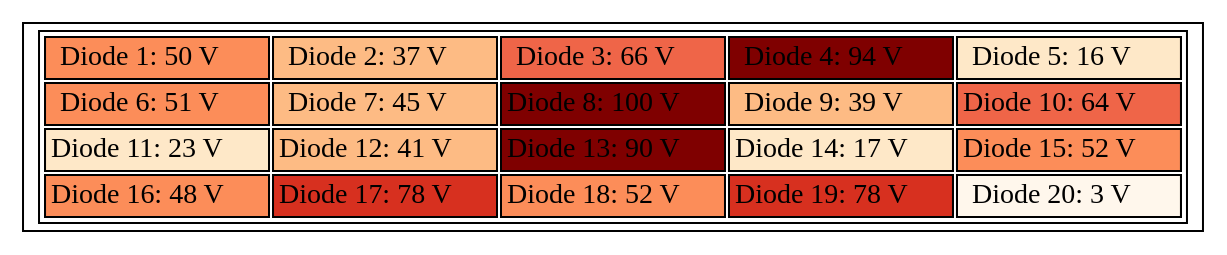
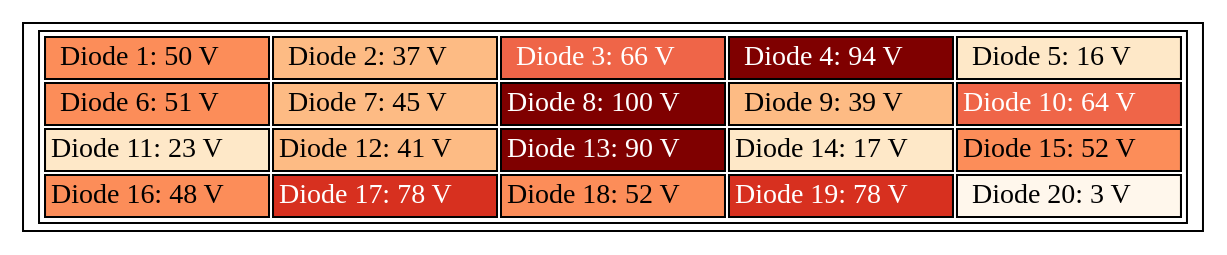
The diagram in array_table.gv (Karan-Takh/Diode-Dosimetry-Array), drawn with Graphviz before and after one commit. The commit also changed 2 other files, not shown here.

Commit message:
Made font readable

```diff
--- a/array_table.gv
+++ b/array_table.gv
@@ -1,33 +1,33 @@
 graph array_table {
 	node [shape=rectangle]
 	"Diode Array" [label=<<TABLE>
     <TR>
-        <TD bgcolor="5">Diode 1: 50 V</TD>
-        <TD bgcolor="4">Diode 2: 37 V</TD>
-        <TD bgcolor="6">Diode 3: 66 V</TD>
-        <TD bgcolor="9">Diode 4: 94 V</TD>
-        <TD bgcolor="2">Diode 5: 16 V</TD>
+        <TD bgcolor="5"><FONT COLOR="black">Diode 1: 50 V</FONT></TD>
+        <TD bgcolor="4"><FONT COLOR="black">Diode 2: 37 V</FONT></TD>
+        <TD bgcolor="6"><FONT COLOR="white">Diode 3: 66 V</FONT></TD>
+        <TD bgcolor="9"><FONT COLOR="white">Diode 4: 94 V</FONT></TD>
+        <TD bgcolor="2"><FONT COLOR="black">Diode 5: 16 V</FONT></TD>
     </TR>
     <TR>
-        <TD bgcolor="5">Diode 6: 51 V</TD>
-        <TD bgcolor="4">Diode 7: 45 V</TD>
-        <TD bgcolor="9">Diode 8: 100 V</TD>
-        <TD bgcolor="4">Diode 9: 39 V</TD>
-        <TD bgcolor="6">Diode 10: 64 V</TD>
+        <TD bgcolor="5"><FONT COLOR="black">Diode 6: 51 V</FONT></TD>
+        <TD bgcolor="4"><FONT COLOR="black">Diode 7: 45 V</FONT></TD>
+        <TD bgcolor="9"><FONT COLOR="white">Diode 8: 100 V</FONT></TD>
+        <TD bgcolor="4"><FONT COLOR="black">Diode 9: 39 V</FONT></TD>
+        <TD bgcolor="6"><FONT COLOR="white">Diode 10: 64 V</FONT></TD>
     </TR>
     <TR>
-        <TD bgcolor="2">Diode 11: 23 V</TD>
-        <TD bgcolor="4">Diode 12: 41 V</TD>
-        <TD bgcolor="9">Diode 13: 90 V</TD>
-        <TD bgcolor="2">Diode 14: 17 V</TD>
-        <TD bgcolor="5">Diode 15: 52 V</TD>
+        <TD bgcolor="2"><FONT COLOR="black">Diode 11: 23 V</FONT></TD>
+        <TD bgcolor="4"><FONT COLOR="black">Diode 12: 41 V</FONT></TD>
+        <TD bgcolor="9"><FONT COLOR="white">Diode 13: 90 V</FONT></TD>
+        <TD bgcolor="2"><FONT COLOR="black">Diode 14: 17 V</FONT></TD>
+        <TD bgcolor="5"><FONT COLOR="black">Diode 15: 52 V</FONT></TD>
     </TR>
     <TR>
-        <TD bgcolor="5">Diode 16: 48 V</TD>
-        <TD bgcolor="7">Diode 17: 78 V</TD>
-        <TD bgcolor="5">Diode 18: 52 V</TD>
-        <TD bgcolor="7">Diode 19: 78 V</TD>
-        <TD  bgcolor="1" fontcolor="#FFFFFF">Diode 20: 3 V</TD>
+        <TD bgcolor="5"><FONT COLOR="black">Diode 16: 48 V</FONT></TD>
+        <TD bgcolor="7"><FONT COLOR="white">Diode 17: 78 V</FONT></TD>
+        <TD bgcolor="5"><FONT COLOR="black">Diode 18: 52 V</FONT></TD>
+        <TD bgcolor="7"><FONT COLOR="white">Diode 19: 78 V</FONT></TD>
+        <TD bgcolor="1"><FONT COLOR="black">Diode 20: 3 V</FONT></TD>
     </TR>
 </TABLE>> colorscheme=orrd9]
 }
```
